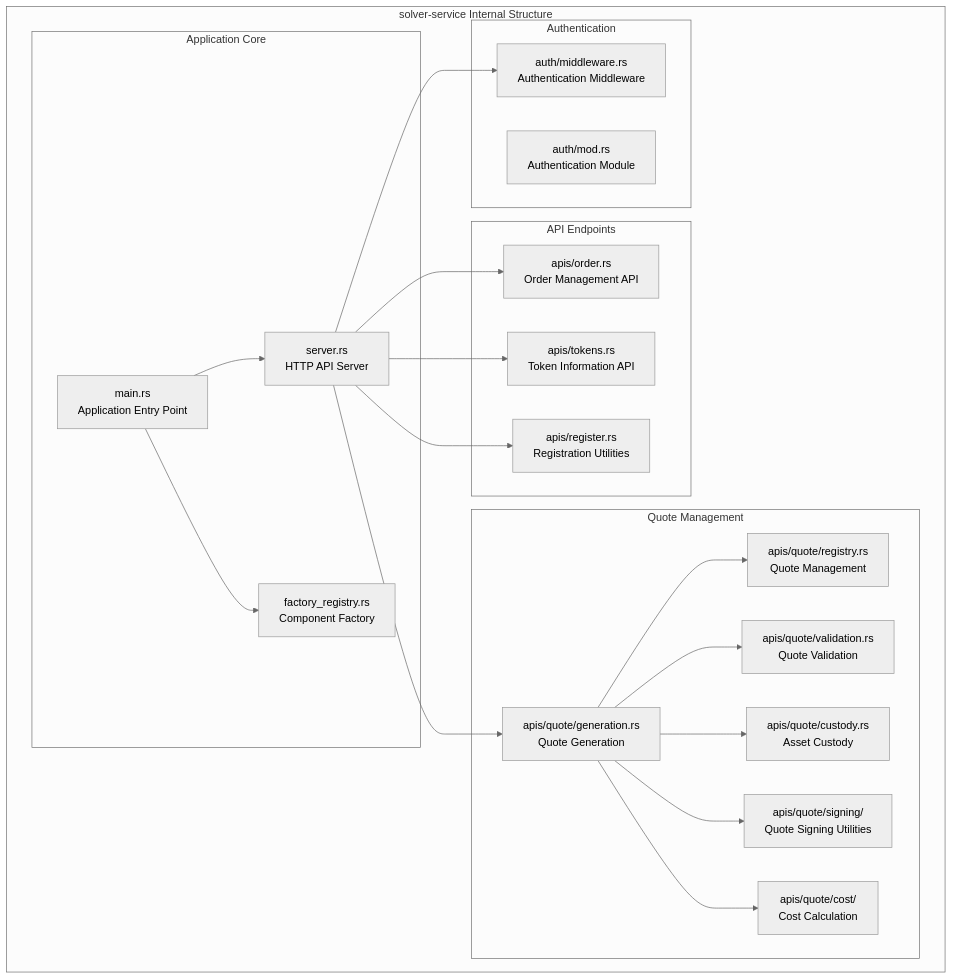
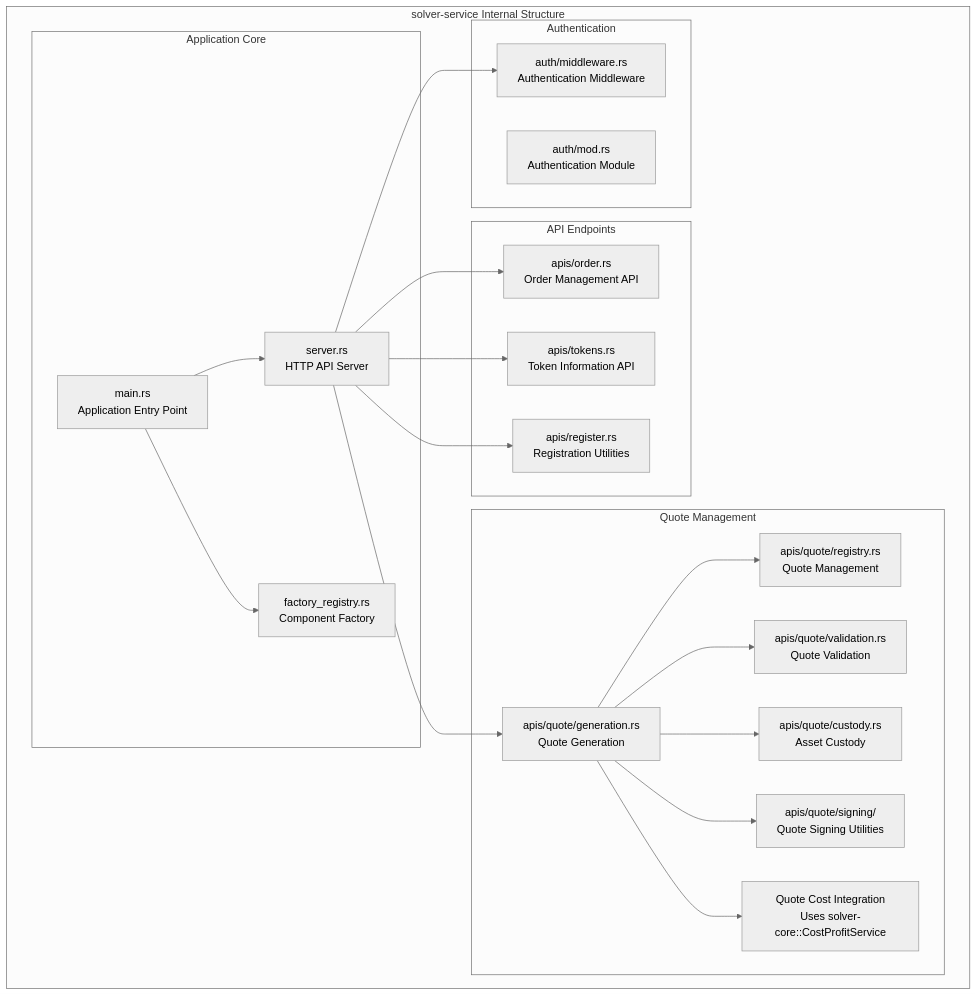
The first of 2 diagrams in docs/developer/crates/solver-service.md (openintentsframework/oif-solver), drawn with Mermaid (neutral theme) before and after one commit. The commit also changed 6 other files, not shown here.

````diff
--- a/docs/developer/crates/solver-service.md
+++ b/docs/developer/crates/solver-service.md
@@ -9,44 +9,44 @@
 ```mermaid
 graph TB
     subgraph "solver-service Internal Structure"
         subgraph "Application Core"
             Main[main.rs<br/>Application Entry Point]
             Server[server.rs<br/>HTTP API Server]
             Factory[factory_registry.rs<br/>Component Factory]
         end
 
         subgraph "API Endpoints"
             OrderAPI[apis/order.rs<br/>Order Management API]
             TokensAPI[apis/tokens.rs<br/>Token Information API]
             RegisterAPI[apis/register.rs<br/>Registration Utilities]
         end
 
         subgraph "Quote Management"
             QuoteGen[apis/quote/generation.rs<br/>Quote Generation]
             QuoteRegistry[apis/quote/registry.rs<br/>Quote Management]
             QuoteValidation[apis/quote/validation.rs<br/>Quote Validation]
             QuoteCustody[apis/quote/custody.rs<br/>Asset Custody]
             QuoteSigning[apis/quote/signing/<br/>Quote Signing Utilities]
-            QuoteCost[apis/quote/cost/<br/>Cost Calculation]
+            QuoteCostIntegration[Quote Cost Integration<br/>Uses solver-core::CostProfitService]
         end
 
         subgraph "Authentication"
             AuthMiddleware[auth/middleware.rs<br/>Authentication Middleware]
             AuthMod[auth/mod.rs<br/>Authentication Module]
         end
     end
 
     Main --> Server
     Main --> Factory
     Server --> OrderAPI
     Server --> TokensAPI
     Server --> RegisterAPI
     Server --> QuoteGen
     Server --> AuthMiddleware
 
     QuoteGen --> QuoteRegistry
     QuoteGen --> QuoteValidation
     QuoteGen --> QuoteCustody
     QuoteGen --> QuoteSigning
-    QuoteGen --> QuoteCost
+    QuoteGen --> QuoteCostIntegration
 ```
````
